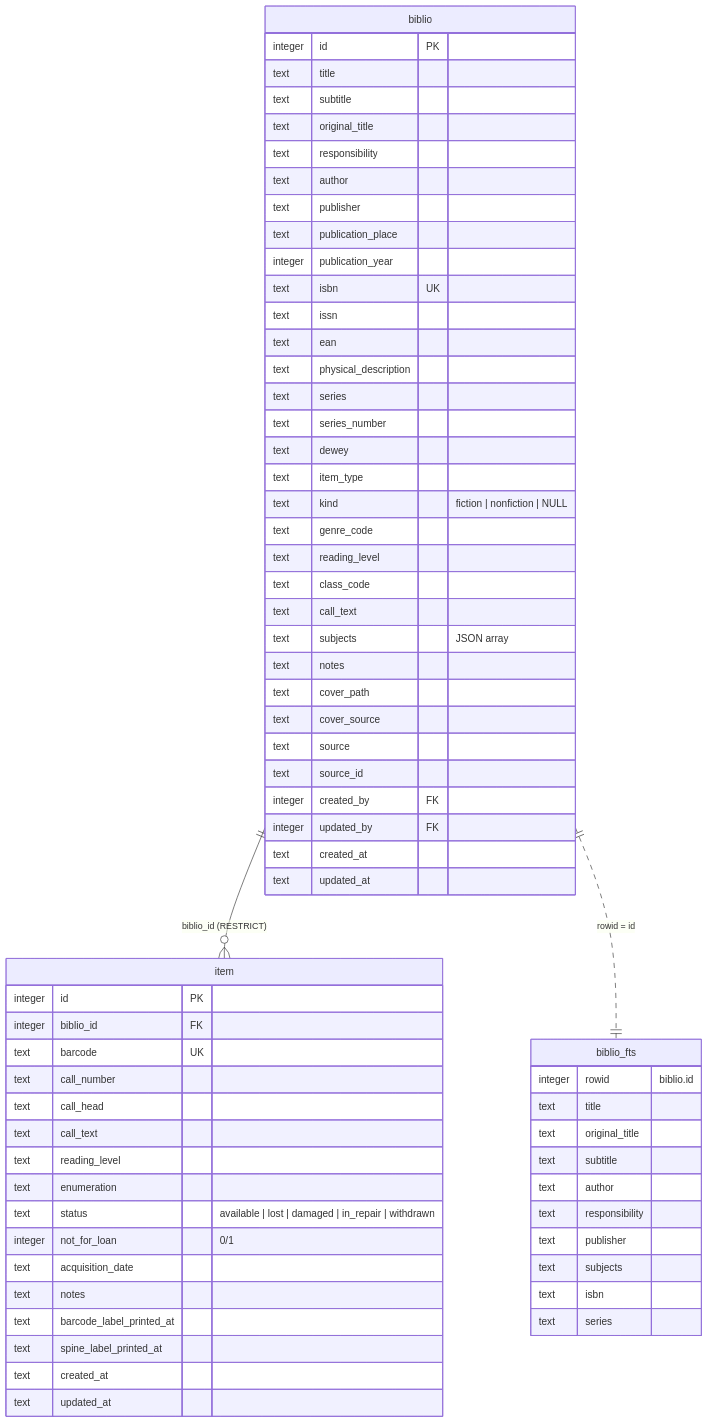
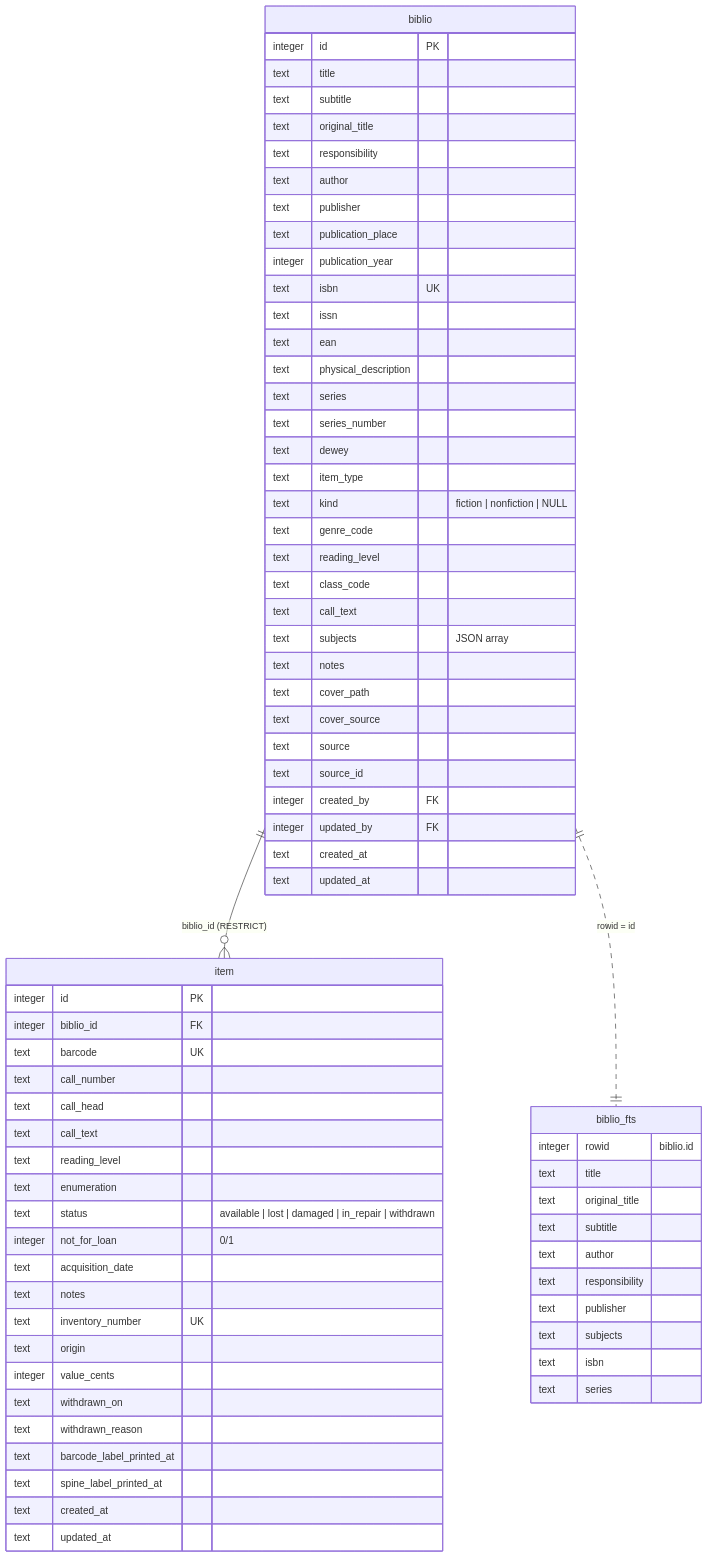
One commit to itotm/biblioviva changed the second of 8 diagrams in docs/database.md. Above: the diagram before and after it, drawn with Mermaid. The commit also changed other lines of this file and 74 other files, not shown here.

````diff
--- a/docs/database.md
+++ b/docs/database.md
@@ -110,69 +110,74 @@
 ```mermaid
 erDiagram
     biblio ||--o{ item : "biblio_id (RESTRICT)"
     biblio ||..|| biblio_fts : "rowid = id"
     biblio {
         integer id PK
         text title
         text subtitle
         text original_title
         text responsibility
         text author
         text publisher
         text publication_place
         integer publication_year
         text isbn UK
         text issn
         text ean
         text physical_description
         text series
         text series_number
         text dewey
         text item_type
         text kind "fiction | nonfiction | NULL"
         text genre_code
         text reading_level
         text class_code
         text call_text
         text subjects "JSON array"
         text notes
         text cover_path
         text cover_source
         text source
         text source_id
         integer created_by FK
         integer updated_by FK
         text created_at
         text updated_at
     }
     item {
         integer id PK
         integer biblio_id FK
         text barcode UK
         text call_number
         text call_head
         text call_text
         text reading_level
         text enumeration
         text status "available | lost | damaged | in_repair | withdrawn"
         integer not_for_loan "0/1"
         text acquisition_date
         text notes
+        text inventory_number UK
+        text origin
+        integer value_cents
+        text withdrawn_on
+        text withdrawn_reason
         text barcode_label_printed_at
         text spine_label_printed_at
         text created_at
         text updated_at
     }
     biblio_fts {
         integer rowid "biblio.id"
         text title
         text original_title
         text subtitle
         text author
         text responsibility
         text publisher
         text subjects
         text isbn
         text series
     }
 ```
````
